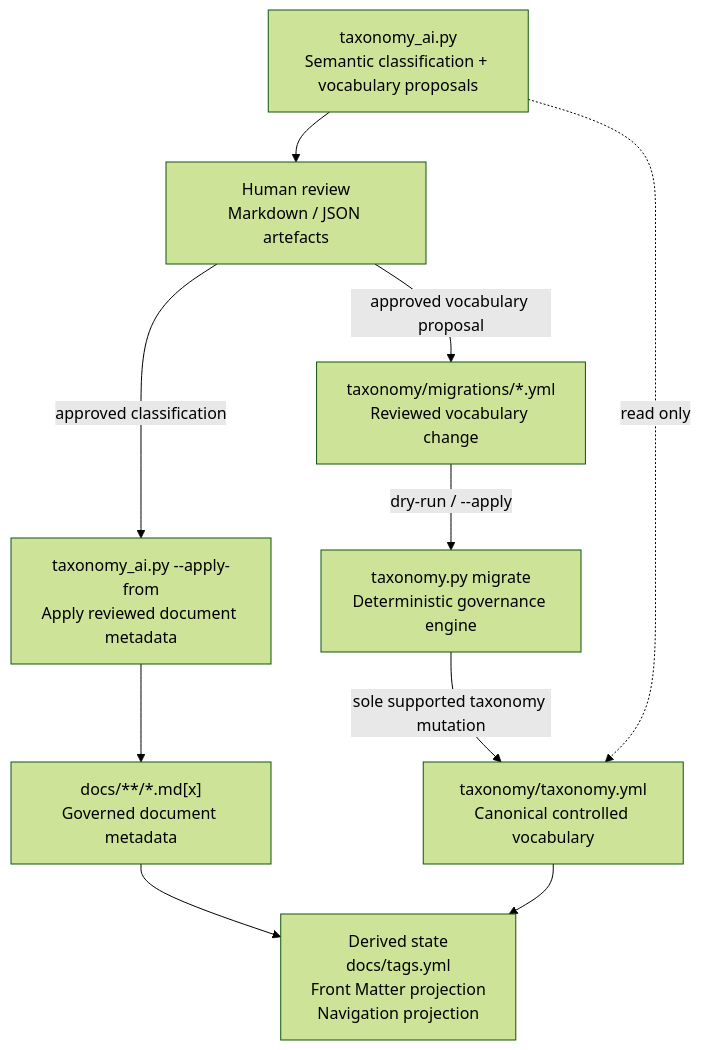
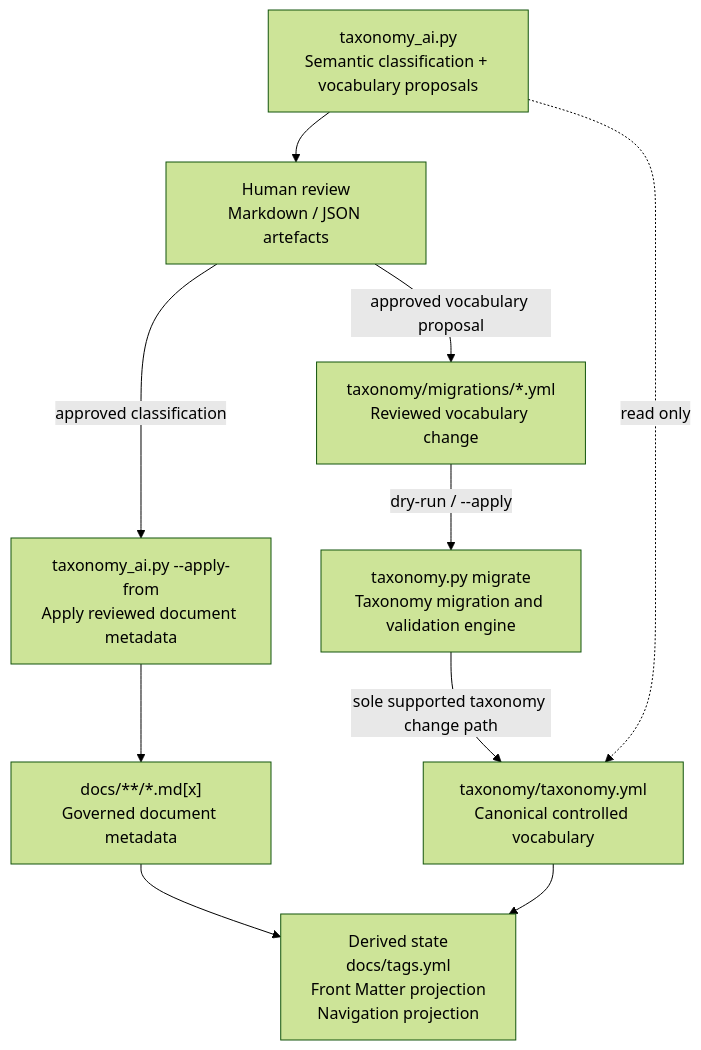
Before and after one commit to iand4096/docusaurusportfolio: the first of 2 diagrams in docs/implementation-details/taxonomy.md, drawn with Mermaid (forest theme). The commit also changed other lines of this file and 2 other files, not shown here.

Commit message:
editorial changes to taxonomy case study

````diff
--- a/docs/implementation-details/taxonomy.md
+++ b/docs/implementation-details/taxonomy.md
@@ -104,28 +89,21 @@
 ```mermaid
 flowchart TD
     AI["taxonomy_ai.py<br/>Semantic classification + vocabulary proposals"]
     REVIEW["Human review<br/>Markdown / JSON artefacts"]
-
     APPLY["taxonomy_ai.py --apply-from<br/>Apply reviewed document metadata"]
     MIGRATION["taxonomy/migrations/*.yml<br/>Reviewed vocabulary change"]
-    ENGINE["taxonomy.py migrate<br/>Deterministic governance engine"]
-
+    ENGINE["taxonomy.py migrate<br/>Taxonomy migration and validation engine"]
     DOCS["docs/**/*.md[x]<br/>Governed document metadata"]
     TAXONOMY["taxonomy/taxonomy.yml<br/>Canonical controlled vocabulary"]
-
     DERIVED["Derived state<br/>docs/tags.yml<br/>Front Matter projection<br/>Navigation projection"]
 
     AI --> REVIEW
-
     REVIEW -->|"approved classification"| APPLY
     APPLY --> DOCS
-
     REVIEW -->|"approved vocabulary proposal"| MIGRATION
     MIGRATION -->|"dry-run / --apply"| ENGINE
-    ENGINE -->|"sole supported taxonomy mutation"| TAXONOMY
-
+    ENGINE -->|"sole supported taxonomy change path"| TAXONOMY
     TAXONOMY --> DERIVED
     DOCS --> DERIVED
-
     AI -.->|"read only"| TAXONOMY
 ```
````
